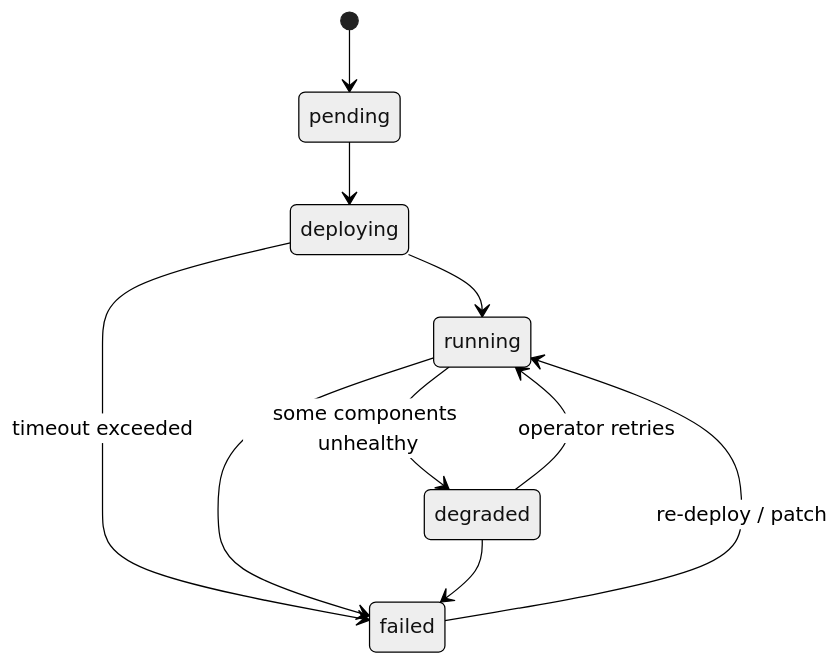
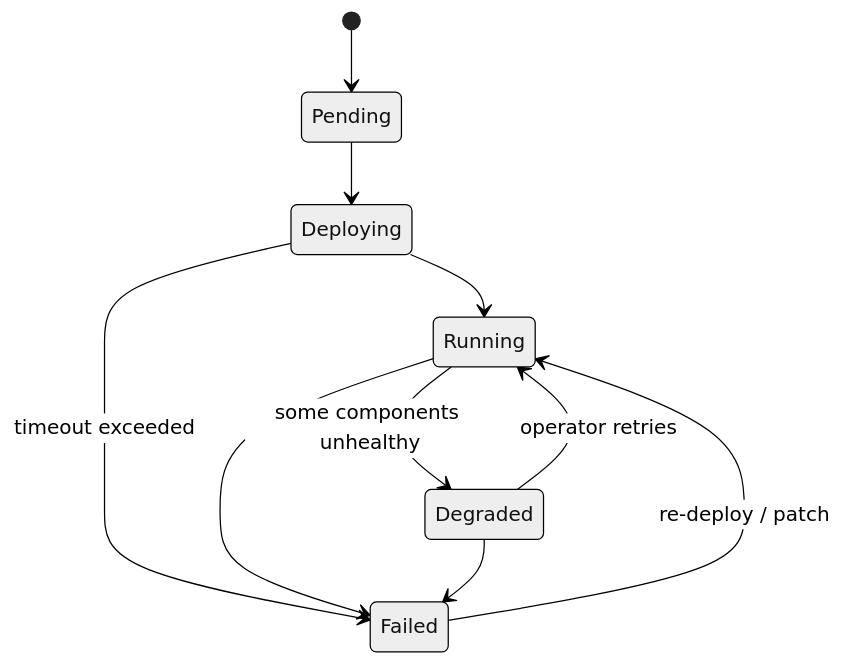
Before and after one commit to kubenesthq/docs: the second of 2 diagrams in content/concepts/apps.mdx, drawn with Mermaid (neutral theme). The commit also changed other lines of this file and 7 other files, not shown here.

````diff
--- a/content/concepts/apps.mdx
+++ b/content/concepts/apps.mdx
@@ -102,12 +102,12 @@
 ```mermaid
 stateDiagram-v2
-    [*] --> pending
-    pending --> deploying
-    deploying --> running
-    deploying --> failed: timeout exceeded
-    running --> degraded: some components unhealthy
-    running --> failed
-    degraded --> running: operator retries
-    degraded --> failed
-    failed --> running: re-deploy / patch
+    [*] --> Pending
+    Pending --> Deploying
+    Deploying --> Running
+    Deploying --> Failed: timeout exceeded
+    Running --> Degraded: some components unhealthy
+    Running --> Failed
+    Degraded --> Running: operator retries
+    Degraded --> Failed
+    Failed --> Running: re-deploy / patch
 ```
````
